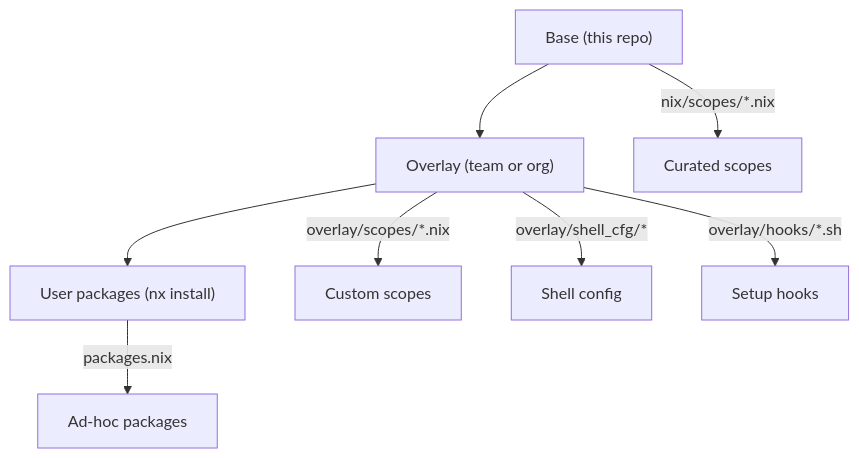
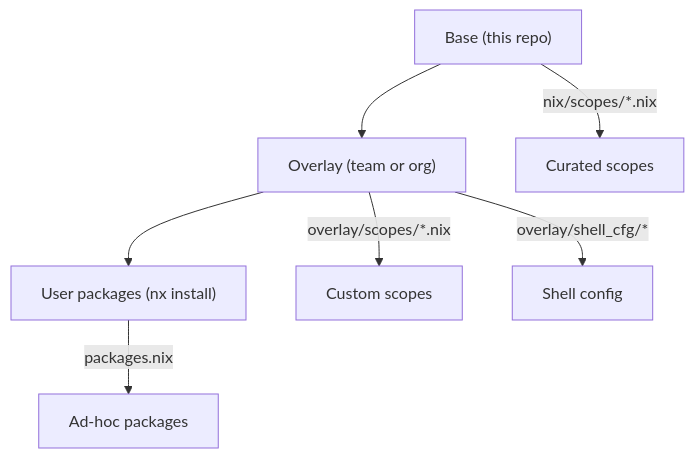
Before and after one commit to szymonos/envy-nx: the first of 2 diagrams in docs/index.md, drawn with Mermaid. The commit also changed 7 other files, not shown here.

Commit message:
docs(overlay): document scope derivations and per-machine hooks

````diff
--- a/docs/index.md
+++ b/docs/index.md
@@ -86,10 +86,9 @@
 ```mermaid
 graph TD
     A["Base (this repo)"] --> B["Overlay (team or org)"]
     B --> C["User packages (nx install)"]
     A -- "nix/scopes/*.nix" --> D["Curated scopes"]
     B -- "overlay/scopes/*.nix" --> E["Custom scopes"]
     B -- "overlay/shell_cfg/*" --> F["Shell config"]
-    B -- "overlay/hooks/*.sh" --> G["Setup hooks"]
     C -- "packages.nix" --> H["Ad-hoc packages"]
 ```
````
